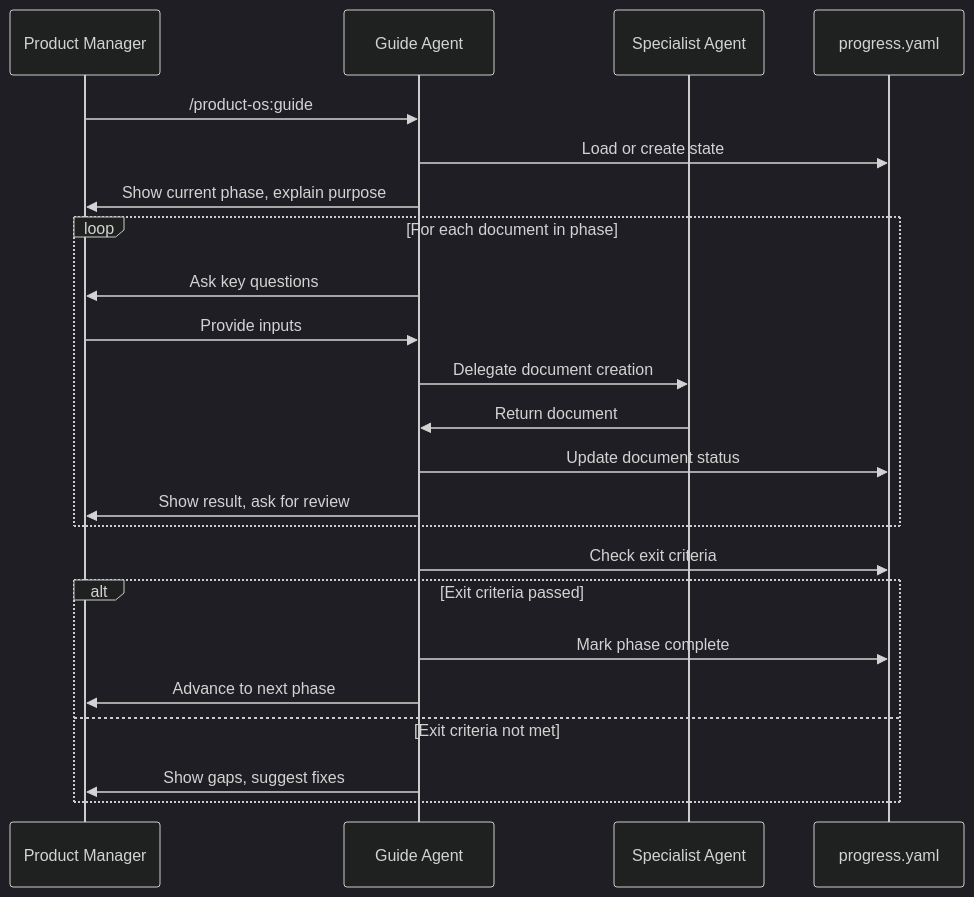
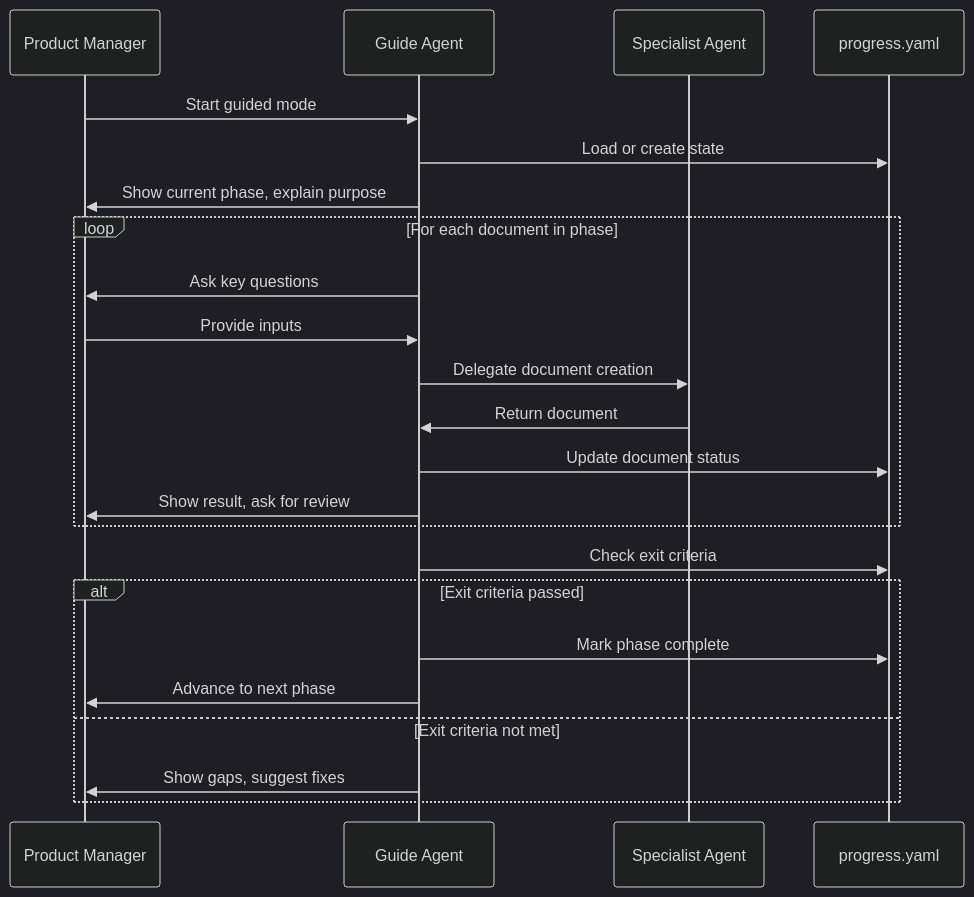
Before and after one commit to johnedelatorre/product-os: the second of 2 diagrams in README.md, drawn with Mermaid (dark theme). The commit also changed other lines of this file and 3 other files, not shown here.

````diff
--- a/README.md
+++ b/README.md
@@ -198,28 +284,28 @@
 ```mermaid
 sequenceDiagram
     participant PM as Product Manager
     participant Guide as Guide Agent
     participant Spec as Specialist Agent
     participant Progress as progress.yaml
 
-    PM->>Guide: /product-os:guide
+    PM->>Guide: Start guided mode
     Guide->>Progress: Load or create state
     Guide->>PM: Show current phase, explain purpose
 
     loop For each document in phase
         Guide->>PM: Ask key questions
         PM->>Guide: Provide inputs
         Guide->>Spec: Delegate document creation
         Spec->>Guide: Return document
         Guide->>Progress: Update document status
         Guide->>PM: Show result, ask for review
     end
 
     Guide->>Progress: Check exit criteria
     alt Exit criteria passed
         Guide->>Progress: Mark phase complete
         Guide->>PM: Advance to next phase
     else Exit criteria not met
         Guide->>PM: Show gaps, suggest fixes
     end
 ```
````
